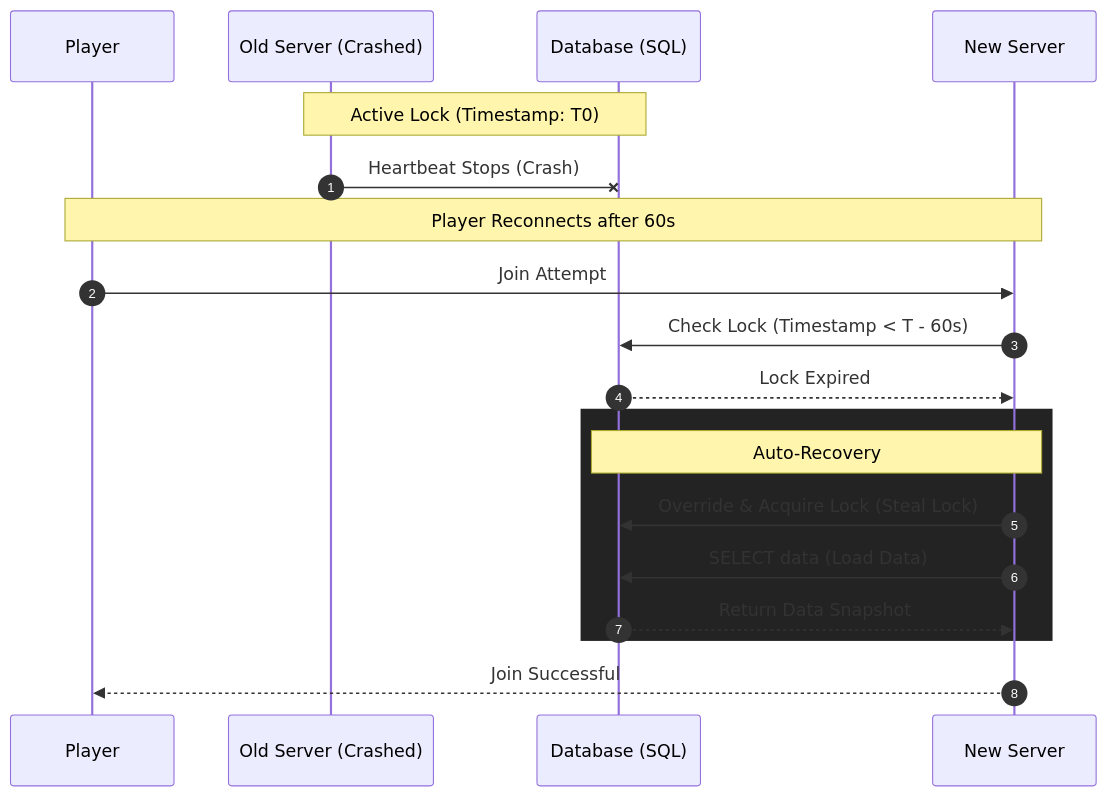
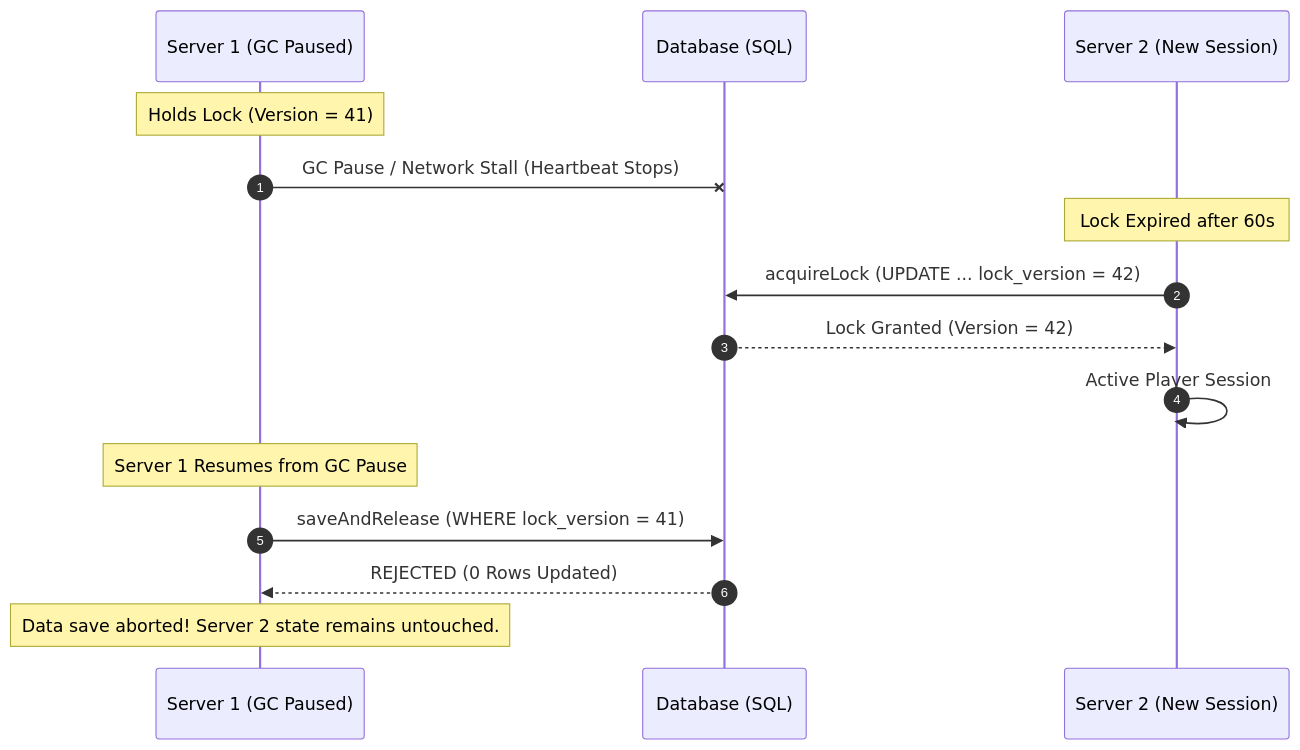
One commit to westkevin12/mc-data-bridge changed the second of 2 diagrams in README.md. Above: the diagram before and after it, drawn with Mermaid. The commit also changed other lines of this file and 28 other files, not shown here.

````diff
--- a/README.md
+++ b/README.md
@@ -142,25 +91,20 @@
 ```mermaid
 sequenceDiagram
     autonumber
-    participant P as Player
-    participant S1 as Old Server (Crashed)
+    participant S1 as Server 1 (GC Paused)
     participant DB as Database (SQL)
-    participant S2 as New Server
+    participant S2 as Server 2 (New Session)
 
-    Note over S1, DB: Active Lock (Timestamp: T0)
-    S1-xDB: Heartbeat Stops (Crash)
+    Note over S1: Holds Lock (Version = 41)
+    S1-xDB: GC Pause / Network Stall (Heartbeat Stops)
 
-    Note over P, S2: Player Reconnects after 60s
-    P->>S2: Join Attempt
-    S2->>DB: Check Lock (Timestamp < T - 60s)
-    DB-->>S2: Lock Expired
+    Note over S2: Lock Expired after 60s
+    S2->>DB: acquireLock (UPDATE ... lock_version = 42)
+    DB-->>S2: Lock Granted (Version = 42)
+    S2->>S2: Active Player Session
 
-    rect rgb(35, 35, 35)
-        Note over S2, DB: Auto-Recovery
-        S2->>DB: Override & Acquire Lock (Steal Lock)
-        S2->>DB: SELECT data (Load Data)
-        DB-->>S2: Return Data Snapshot
-    end
-
-    S2-->>P: Join Successful
+    Note over S1: Server 1 Resumes from GC Pause
+    S1->>DB: saveAndRelease (WHERE lock_version = 41)
+    DB-->>S1: REJECTED (0 Rows Updated)
+    Note over S1: Data save aborted! Server 2 state remains untouched.
 ```
````
